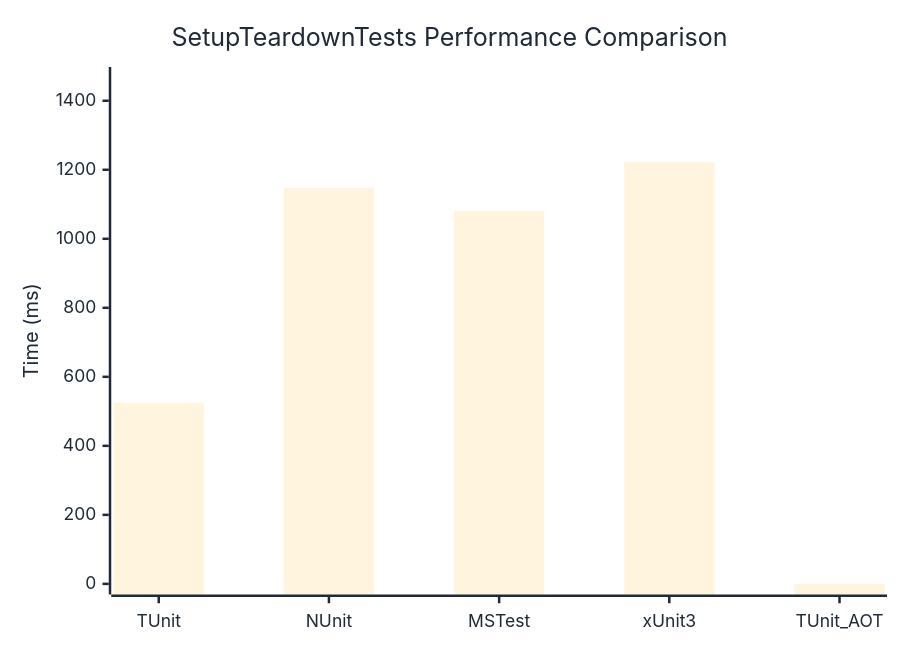
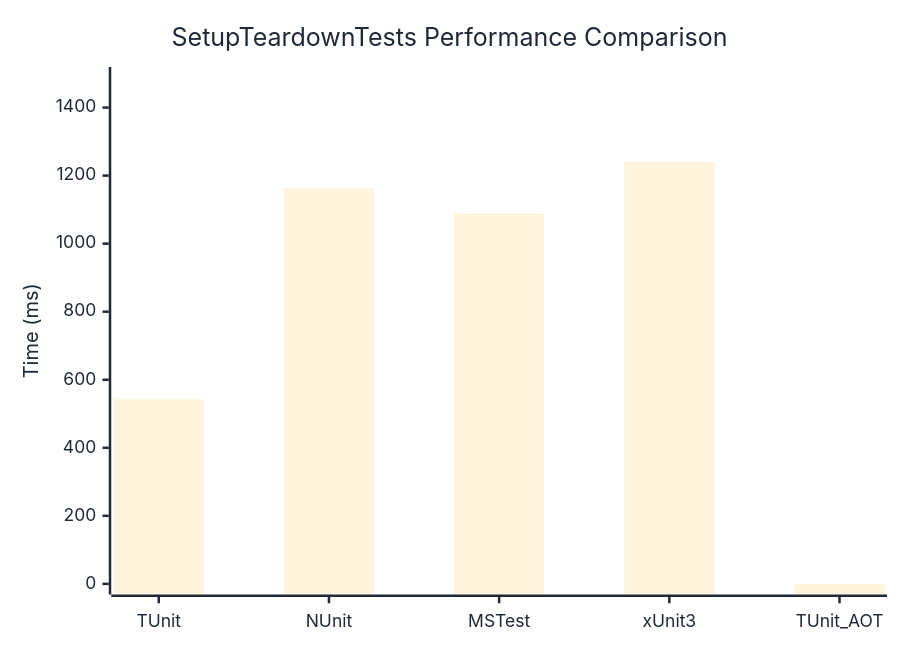
One commit to thomhurst/TUnit changed the diagram in docs/docs/benchmarks/SetupTeardownTests.md. Above: the diagram before and after it, drawn with Mermaid. The commit also changed other lines of this file and 17 other files, not shown here.

````diff
--- a/docs/docs/benchmarks/SetupTeardownTests.md
+++ b/docs/docs/benchmarks/SetupTeardownTests.md
@@ -27,37 +27,37 @@
 ```mermaid
 %%{init: {
   'theme':'base',
   'themeVariables': {
     'primaryColor': '#2563eb',
     'primaryTextColor': '#1f2937',
     'primaryBorderColor': '#1e40af',
     'lineColor': '#6b7280',
     'secondaryColor': '#7c3aed',
     'tertiaryColor': '#dc2626',
     'background': '#ffffff',
     'mainBkg': '#2563eb',
     'secondBkg': '#7c3aed',
     'tertiaryBkg': '#dc2626',
     'clusterBkg': '#f3f4f6',
     'edgeLabelBackground': '#ffffff',
     'tertiaryTextColor': '#1f2937',
     'pie1': '#2563eb',
     'pie2': '#7c3aed',
     'pie3': '#dc2626',
     'pie4': '#f59e0b',
     'pie5': '#10b981',
     'pie6': '#06b6d4',
     'pie7': '#ec4899',
     'pie8': '#6366f1',
     'pie9': '#84cc16',
     'pie10': '#f97316',
     'pie11': '#14b8a6',
     'pie12': '#a855f7'
   }
 }}%%
 xychart-beta
   title "SetupTeardownTests Performance Comparison"
   x-axis ["TUnit", "NUnit", "MSTest", "xUnit3", "TUnit_AOT"]
-  y-axis "Time (ms)" 0 --> 1467
-  bar [524.7, 1147.5, 1080.1, 1222.1, 0]
+  y-axis "Time (ms)" 0 --> 1488
+  bar [542.8, 1163.4, 1089.9, 1239.9, 0]
 ```
````
